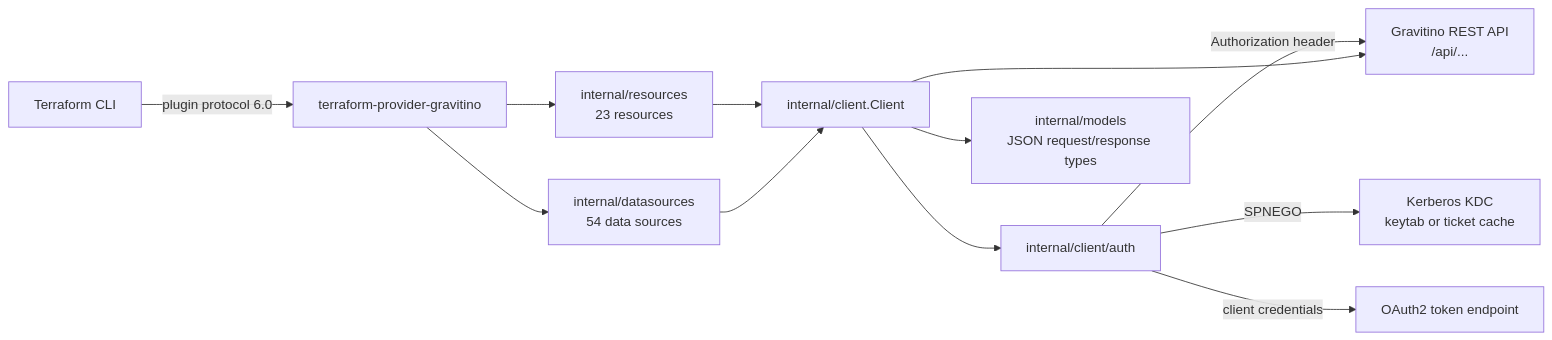
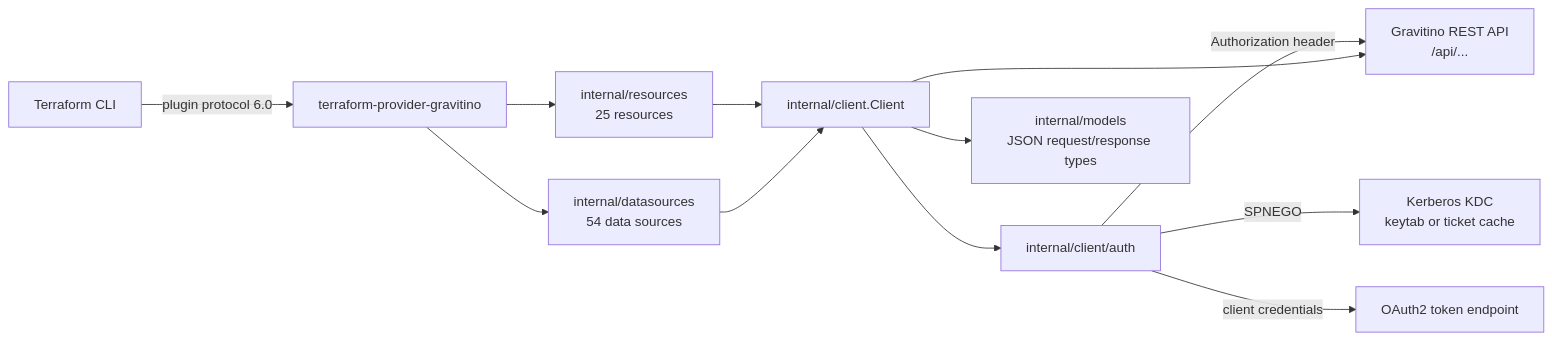
The diagram in ARCHITECTURE.md (caberdo/terraform-provider-gravitino), drawn with Mermaid before and after one commit. The commit also changed other lines of this file and 23 other files, not shown here.

````diff
--- a/ARCHITECTURE.md
+++ b/ARCHITECTURE.md
@@ -18,14 +18,14 @@
 ```mermaid
 graph LR
   TF["Terraform CLI"] -->|plugin protocol 6.0| P["terraform-provider-gravitino"]
-  P --> R["internal/resources<br/>23 resources"]
+  P --> R["internal/resources<br/>25 resources"]
   P --> D["internal/datasources<br/>54 data sources"]
   R --> C["internal/client.Client"]
   D --> C
   C --> AUTH["internal/client/auth"]
   C --> MODELS["internal/models<br/>JSON request/response types"]
   AUTH -->|Authorization header| API["Gravitino REST API<br/>/api/..."]
   C --> API
   AUTH -->|SPNEGO| KDC["Kerberos KDC<br/>keytab or ticket cache"]
   AUTH -->|client credentials| TOKEN["OAuth2 token endpoint"]
 ```
````
